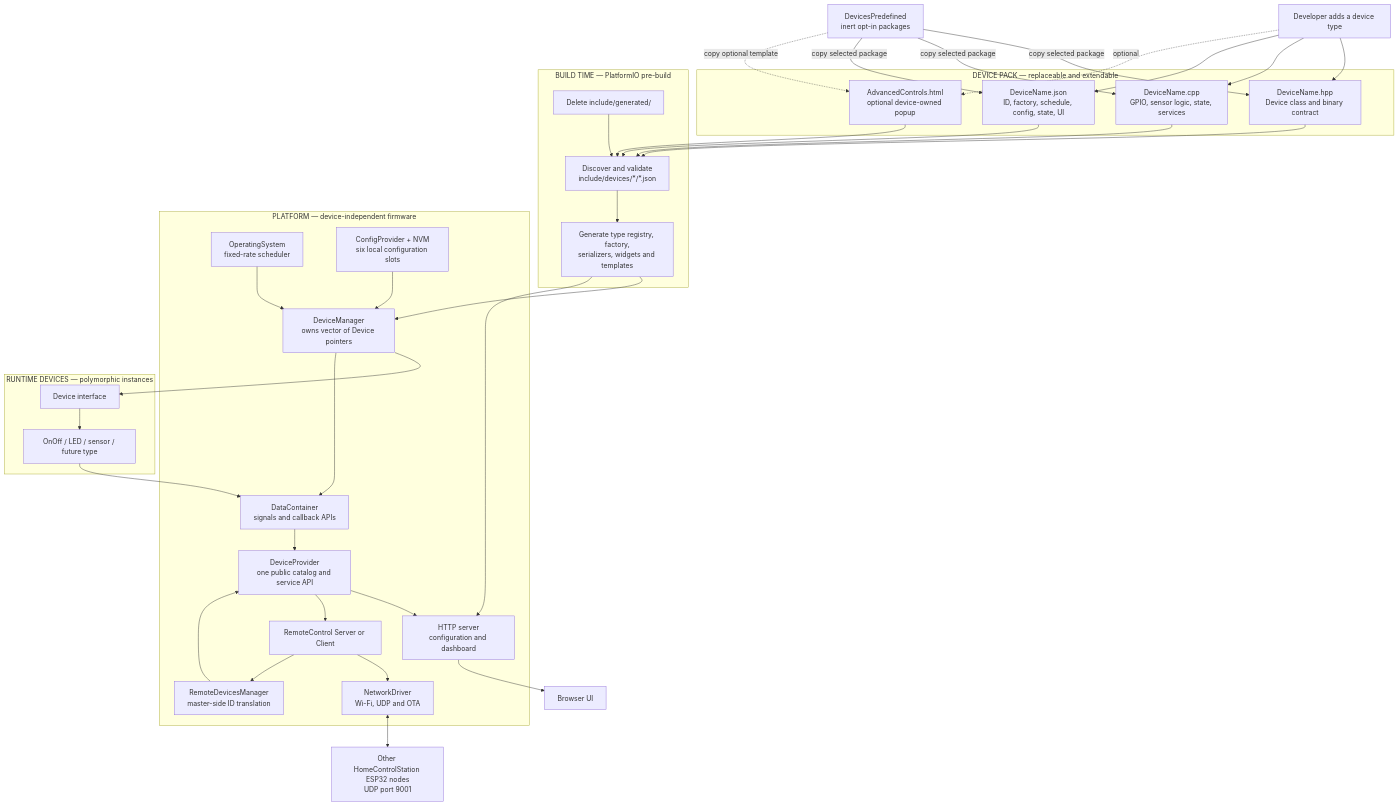
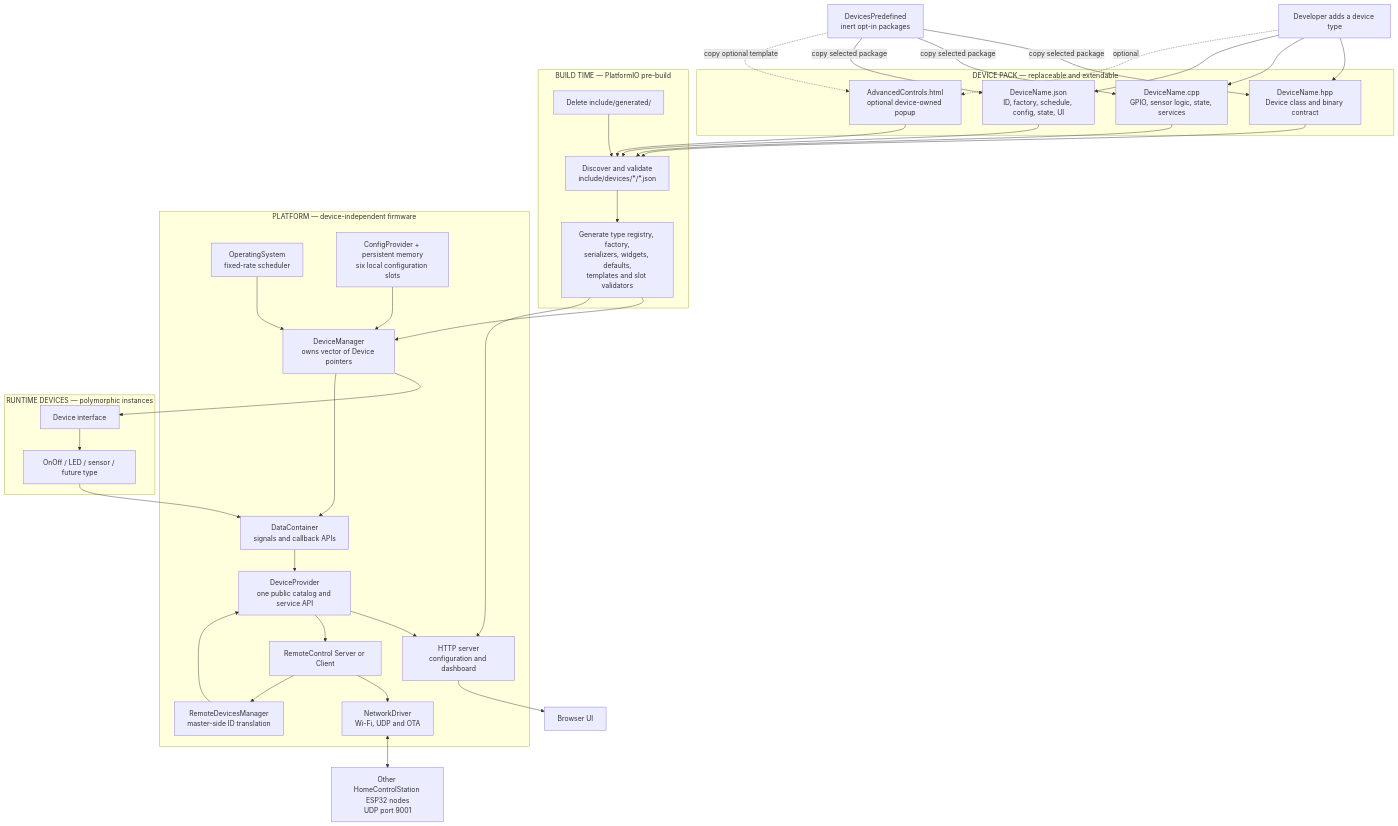
One commit to kubabec/HomeControlStation changed the first of 9 diagrams in ARCHITECTURE.md. Above: the diagram before and after it, drawn with Mermaid. The commit also changed other lines of this file and 58 other files, not shown here.

````diff
--- a/ARCHITECTURE.md
+++ b/ARCHITECTURE.md
@@ -7,66 +7,66 @@
 ```mermaid
 flowchart TB
     Developer["Developer adds a device type"]
 
     Catalog["DevicesPredefined<br/>inert opt-in packages"]
 
     subgraph DevicePack["DEVICE PACK — replaceable and extendable"]
         HPP["DeviceName.hpp<br/>Device class and binary contract"]
         CPP["DeviceName.cpp<br/>GPIO, sensor logic, state, services"]
         JSON["DeviceName.json<br/>ID, factory, schedule, config, state, UI"]
         HTML["AdvancedControls.html<br/>optional device-owned popup"]
     end
 
     subgraph BuildTime["BUILD TIME — PlatformIO pre-build"]
         Clean["Delete include/generated/"]
         Validate["Discover and validate<br/>include/devices/*/*.json"]
-        Generate["Generate type registry, factory,<br/>serializers, widgets and templates"]
+        Generate["Generate type registry, factory,<br/>serializers, widgets, defaults,<br/>templates and slot validators"]
     end
 
     subgraph Platform["PLATFORM — device-independent firmware"]
         OS["OperatingSystem<br/>fixed-rate scheduler"]
-        NVM["ConfigProvider + NVM<br/>six local configuration slots"]
+        NVM["ConfigProvider + persistent memory<br/>six local configuration slots"]
         DM["DeviceManager<br/>owns vector of Device pointers"]
         DC["DataContainer<br/>signals and callback APIs"]
         DP["DeviceProvider<br/>one public catalog and service API"]
         HTTP["HTTP server<br/>configuration and dashboard"]
         NET["NetworkDriver<br/>Wi-Fi, UDP and OTA"]
         RC["RemoteControl Server or Client"]
         RDM["RemoteDevicesManager<br/>master-side ID translation"]
     end
 
     subgraph RuntimeDevices["RUNTIME DEVICES — polymorphic instances"]
         Base["Device interface"]
         Instances["OnOff / LED / sensor / future type"]
     end
 
     Browser["Browser UI"]
     OtherNodes["Other HomeControlStation ESP32 nodes<br/>UDP port 9001"]
 
     Developer --> HPP
     Developer --> CPP
     Developer --> JSON
     Developer -. optional .-> HTML
     Catalog -->|"copy selected package"| HPP
     Catalog -->|"copy selected package"| CPP
     Catalog -->|"copy selected package"| JSON
     Catalog -. "copy optional template" .-> HTML
     HPP --> Validate
     CPP --> Validate
     JSON --> Validate
     HTML --> Validate
     Clean --> Validate --> Generate
     Generate --> DM
     Generate --> HTTP
     NVM --> DM
     OS --> DM
     DM --> Base --> Instances
     Instances --> DC
     DM --> DC
     DC --> DP
     DP --> HTTP --> Browser
     DP --> RC
     RC --> NET <--> OtherNodes
     RDM --> DP
     RC --> RDM
 ```
````
